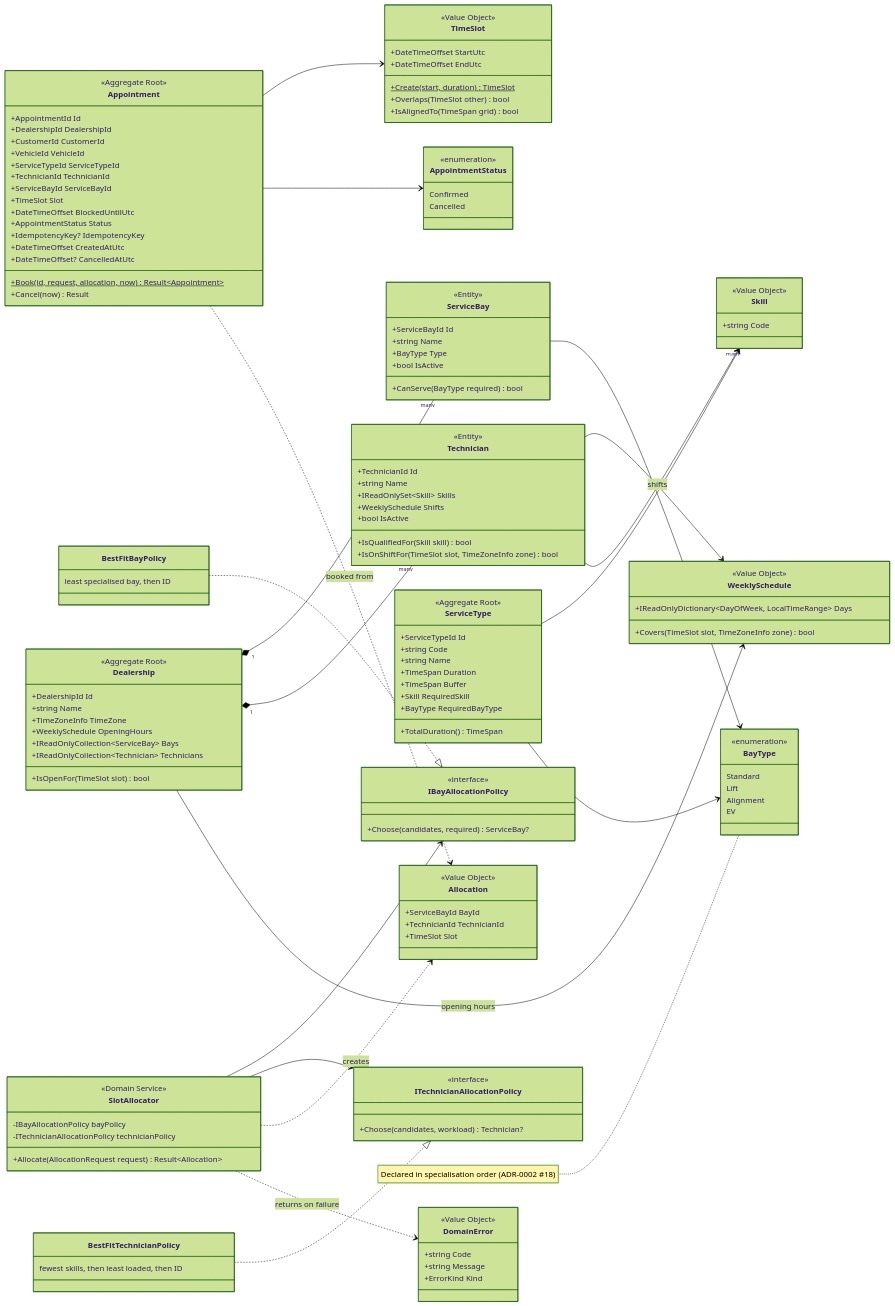
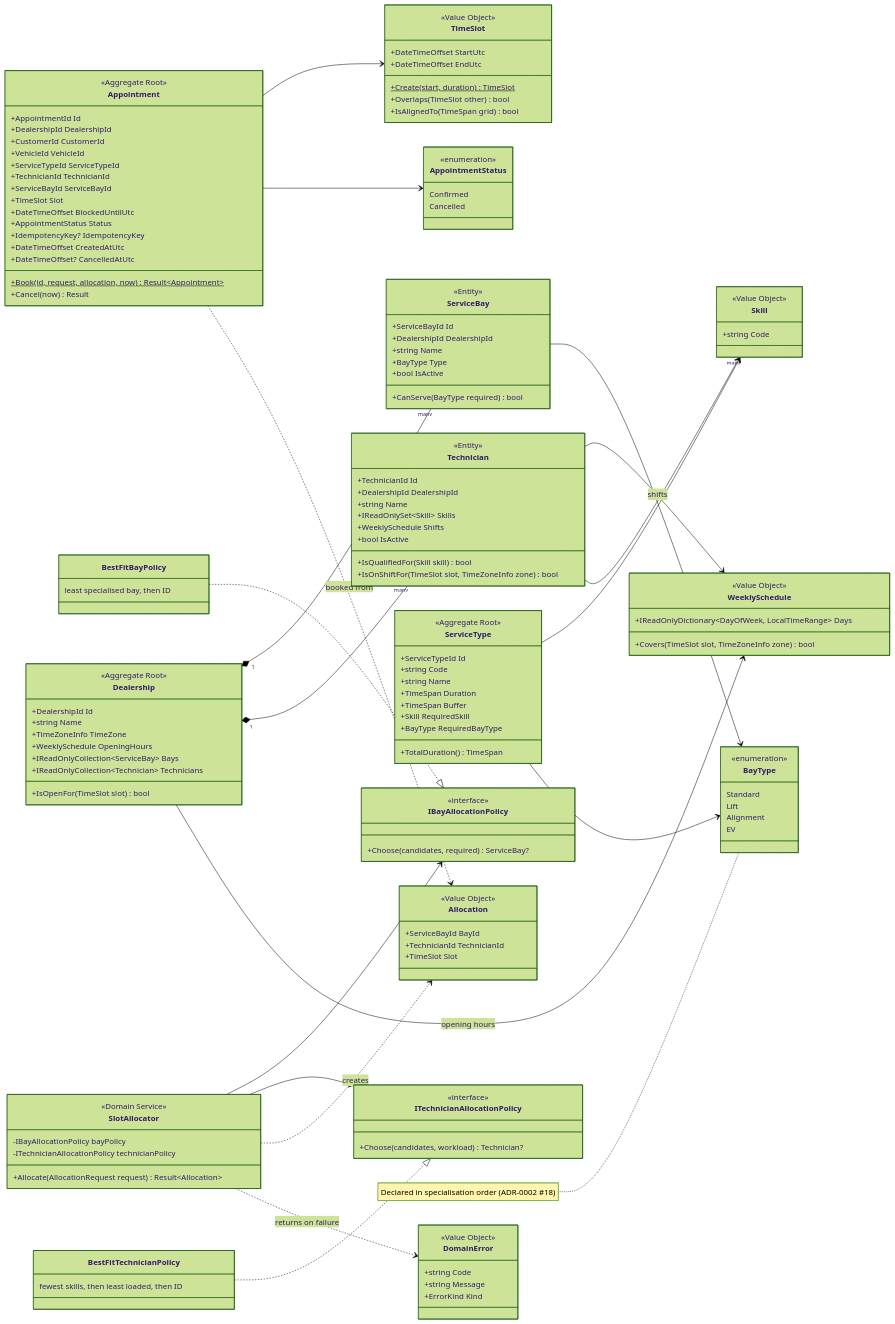
The fifth of 10 diagrams in docs/system-design.md (VietDangiT/unified-service-scheduler), drawn with Mermaid (forest theme) before and after one commit. The commit also changed other lines of this file and 7 other files, not shown here.

```diff
--- a/docs/system-design.md
+++ b/docs/system-design.md
@@ -304,6 +322,7 @@
     class ServiceBay {
         <<Entity>>
         +ServiceBayId Id
+        +DealershipId DealershipId
         +string Name
         +BayType Type
         +bool IsActive
@@ -313,6 +332,7 @@
     class Technician {
         <<Entity>>
         +TechnicianId Id
+        +DealershipId DealershipId
         +string Name
         +IReadOnlySet~Skill~ Skills
         +WeeklySchedule Shifts
```
